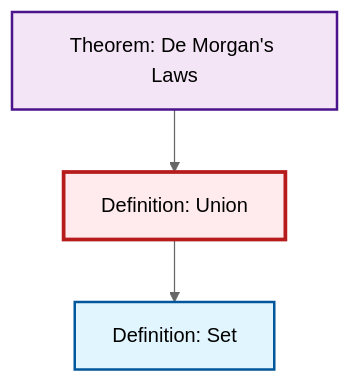
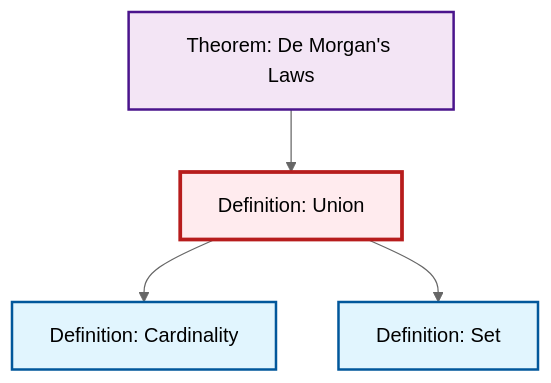
The diagram in content/ja/logic-set-theory/def-union.qmd (RK0429/ModernMath), drawn with Mermaid (neutral theme) before and after one commit. The commit also changed 581 other files, not shown here.

````diff
--- a/content/ja/logic-set-theory/def-union.qmd
+++ b/content/ja/logic-set-theory/def-union.qmd
@@ -55,17 +55,20 @@
 ```{mermaid}
 %%| fig-cap: "Local dependency graph"
 graph TD
     classDef definition fill:#e1f5fe,stroke:#01579b,stroke-width:2px
     classDef theorem fill:#f3e5f5,stroke:#4a148c,stroke-width:2px
     classDef axiom fill:#fff3e0,stroke:#e65100,stroke-width:2px
     classDef example fill:#e8f5e9,stroke:#1b5e20,stroke-width:2px
     classDef current fill:#ffebee,stroke:#b71c1c,stroke-width:3px
+    thm-de-morgan["Theorem: De Morgan's Laws"]:::theorem
+    def-cardinality["Definition: Cardinality"]:::definition
+    def-union["Definition: Union"]:::definition
     def-set["Definition: Set"]:::definition
-    thm-de-morgan["Theorem: De Morgan's Laws"]:::theorem
-    def-union["Definition: Union"]:::definition
+    def-union --> def-cardinality
+    thm-de-morgan --> def-union
     def-union --> def-set
-    thm-de-morgan --> def-union
     class def-union current
+    click thm-de-morgan "thm-de-morgan.html" "Theorem: De Morgan's Lawsへ"
+    click def-cardinality "def-cardinality.html" "Definition: Cardinalityへ"
     click def-set "def-set.html" "Definition: Setへ"
-    click thm-de-morgan "thm-de-morgan.html" "Theorem: De Morgan's Lawsへ"
 ```
````
